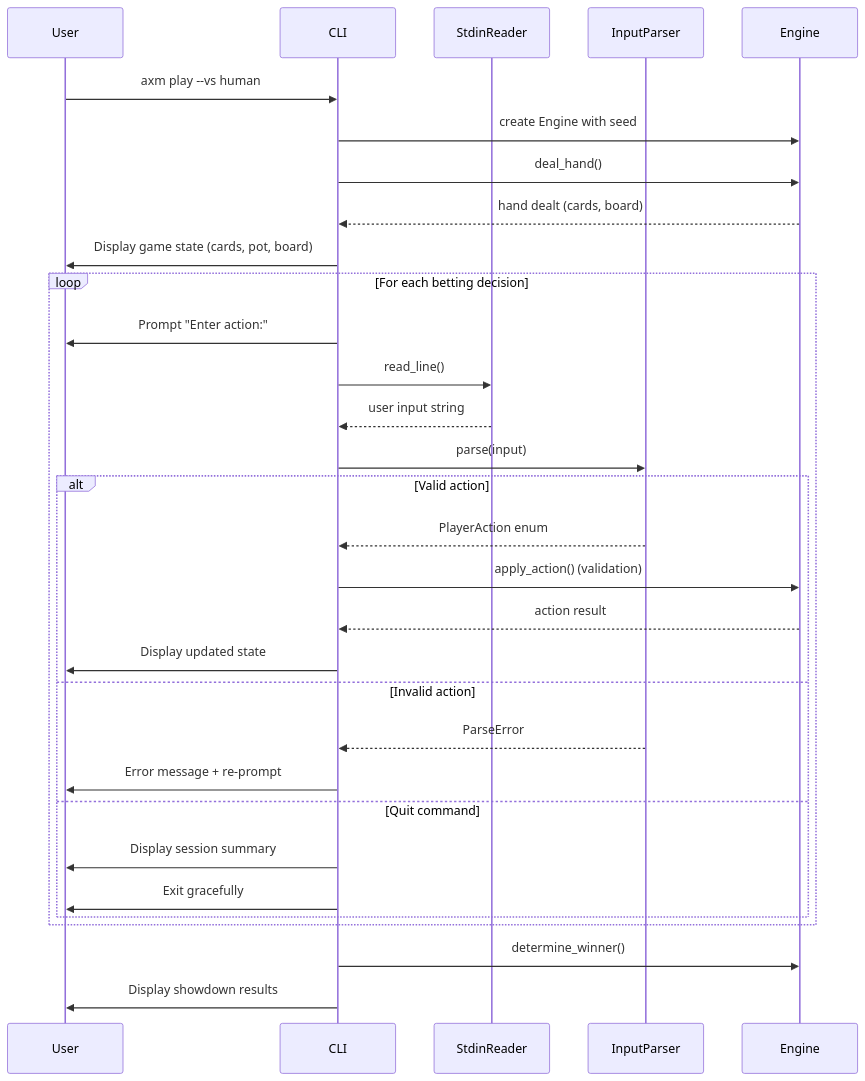
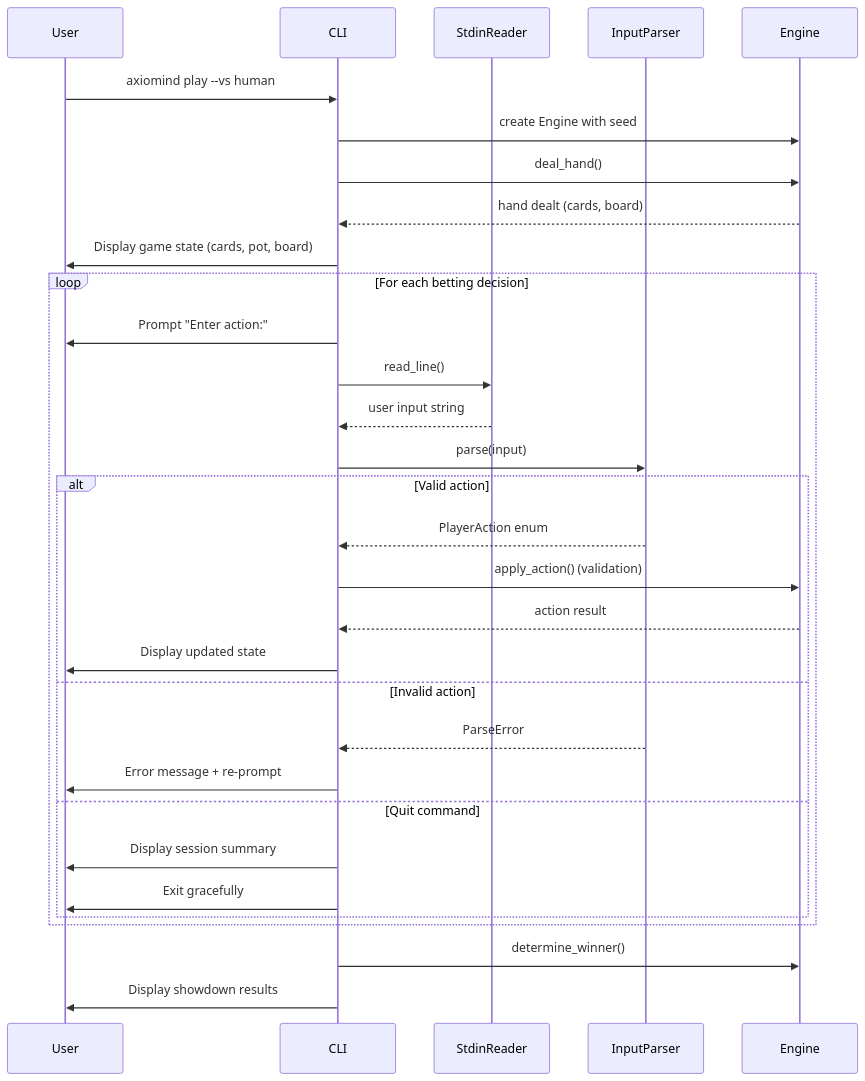
One commit to omoch1-2357/Axiomind changed the second of 4 diagrams in .kiro/specs/cli-audit-fixes/design.md. Above: the diagram before and after it, drawn with Mermaid. The commit also changed other lines of this file and 124 other files, not shown here.

Commit message:
Refactor codebase to replace "axm" with "axiomind" across all modules

````diff
--- a/.kiro/specs/cli-audit-fixes/design.md
+++ b/.kiro/specs/cli-audit-fixes/design.md
@@ -124,37 +124,37 @@
 ```mermaid
 sequenceDiagram
     participant User
     participant CLI
     participant StdinReader
     participant InputParser
     participant Engine
 
-    User->>CLI: axm play --vs human
+    User->>CLI: axiomind play --vs human
     CLI->>Engine: create Engine with seed
     CLI->>Engine: deal_hand()
     Engine-->>CLI: hand dealt (cards, board)
     CLI->>User: Display game state (cards, pot, board)
 
     loop For each betting decision
         CLI->>User: Prompt "Enter action:"
         CLI->>StdinReader: read_line()
         StdinReader-->>CLI: user input string
         CLI->>InputParser: parse(input)
 
         alt Valid action
             InputParser-->>CLI: PlayerAction enum
             CLI->>Engine: apply_action() (validation)
             Engine-->>CLI: action result
             CLI->>User: Display updated state
         else Invalid action
             InputParser-->>CLI: ParseError
             CLI->>User: Error message + re-prompt
         else Quit command
             CLI->>User: Display session summary
             CLI->>User: Exit gracefully
         end
     end
 
     CLI->>Engine: determine_winner()
     CLI->>User: Display showdown results
 ```
````
